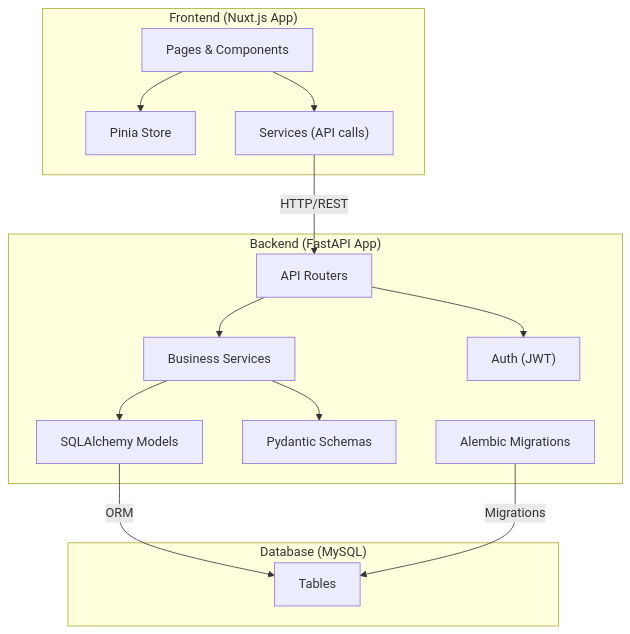
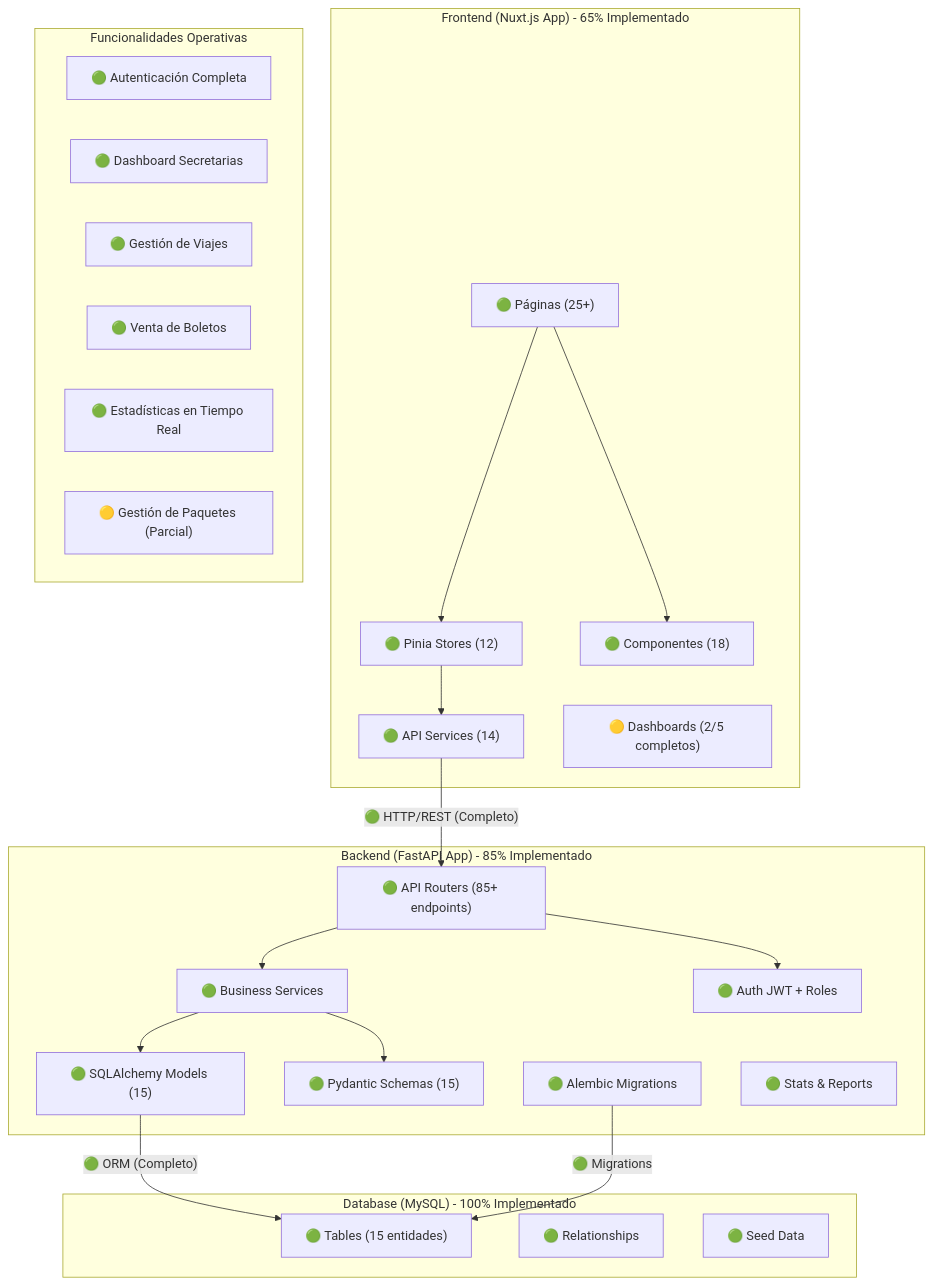
One commit to IdenTiclla/trans-comarapa-app changed the diagram in docs/architecture.md. Above: the diagram before and after it, drawn with Mermaid. The commit also changed other lines of this file and 6 other files, not shown here.

````diff
--- a/docs/architecture.md
+++ b/docs/architecture.md
@@ -37,36 +109,51 @@
 ```mermaid
 flowchart TB
-
-    %% Frontend
-    subgraph Frontend ["Frontend (Nuxt.js App)"]
-        FE1["Pages & Components"]
-        FE2["Pinia Store"]
-        FE3["Services (API calls)"]
+    %% Frontend - Componentes Implementados
+    subgraph Frontend ["Frontend (Nuxt.js App) - 65% Implementado"]
+        FE1["🟢 Páginas (25+)"]
+        FE2["🟢 Pinia Stores (12)"]
+        FE3["🟢 API Services (14)"]
+        FE4["🟢 Componentes (18)"]
+        FE5["🟡 Dashboards (2/5 completos)"]
     end
 
-    %% Backend
-    subgraph Backend ["Backend (FastAPI App)"]
-        BE1["API Routers"]
-        BE2["Business Services"]
-        BE3["Auth (JWT)"]
-        BE4["SQLAlchemy Models"]
-        BE5["Pydantic Schemas"]
-        BE6["Alembic Migrations"]
+    %% Backend - Componentes Implementados
+    subgraph Backend ["Backend (FastAPI App) - 85% Implementado"]
+        BE1["🟢 API Routers (85+ endpoints)"]
+        BE2["🟢 Business Services"]
+        BE3["🟢 Auth JWT + Roles"]
+        BE4["🟢 SQLAlchemy Models (15)"]
+        BE5["🟢 Pydantic Schemas (15)"]
+        BE6["🟢 Alembic Migrations"]
+        BE7["🟢 Stats & Reports"]
     end
 
-    %% Database
-    subgraph Database ["Database (MySQL)"]
-        DB1["Tables"]
+    %% Database - Completamente Implementada
+    subgraph Database ["Database (MySQL) - 100% Implementado"]
+        DB1["🟢 Tables (15 entidades)"]
+        DB2["🟢 Relationships"]
+        DB3["🟢 Seed Data"]
     end
 
-    %% Relaciones
+    %% Integraciones Completadas
     FE1 --> FE2
-    FE1 --> FE3
-    FE3 -- "HTTP/REST" --> BE1
+    FE1 --> FE4
+    FE2 --> FE3
+    FE3 -- "🟢 HTTP/REST (Completo)" --> BE1
     BE1 --> BE2
     BE1 --> BE3
     BE2 --> BE4
     BE2 --> BE5
-    BE4 -- "ORM" --> DB1
-    BE6 -- "Migrations" --> DB1
+    BE4 -- "🟢 ORM (Completo)" --> DB1
+    BE6 -- "🟢 Migrations" --> DB1
+
+    %% Componentes Funcionales
+    subgraph Functional ["Funcionalidades Operativas"]
+        F1["🟢 Autenticación Completa"]
+        F2["🟢 Dashboard Secretarias"]
+        F3["🟢 Gestión de Viajes"]
+        F4["🟢 Venta de Boletos"]
+        F5["🟢 Estadísticas en Tiempo Real"]
+        F6["🟡 Gestión de Paquetes (Parcial)"]
+    end
 ```
````
